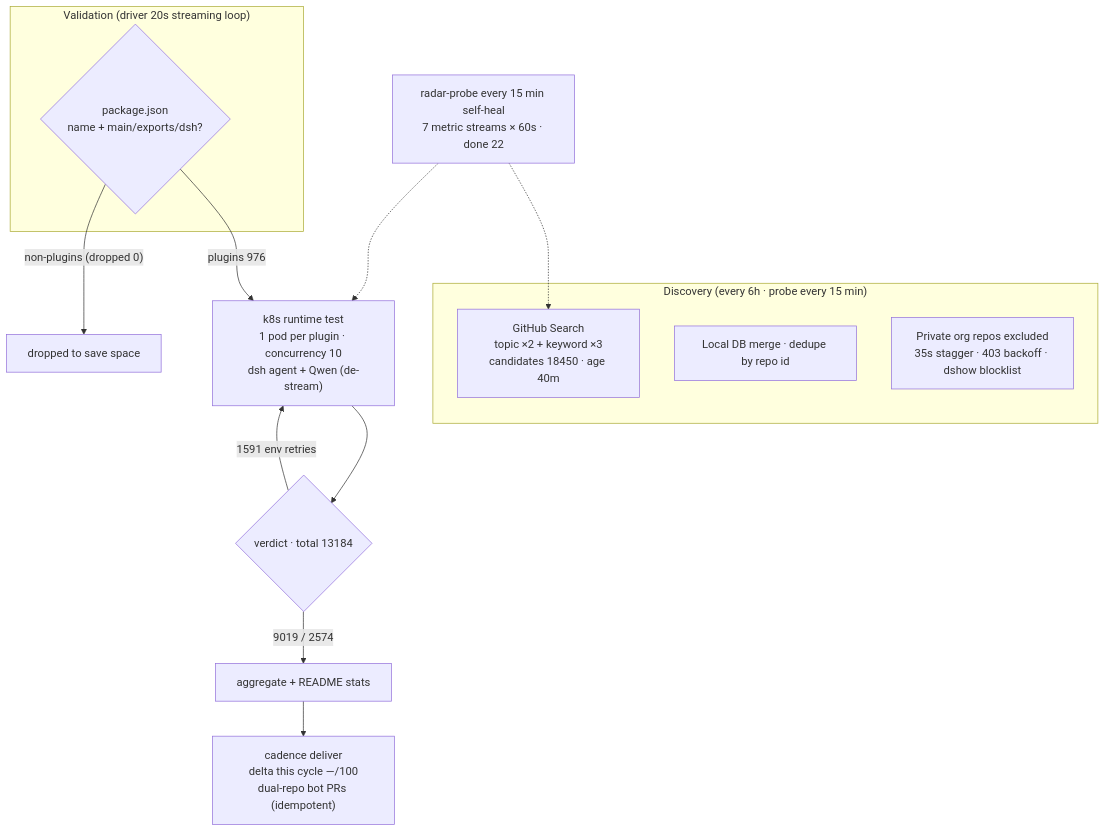
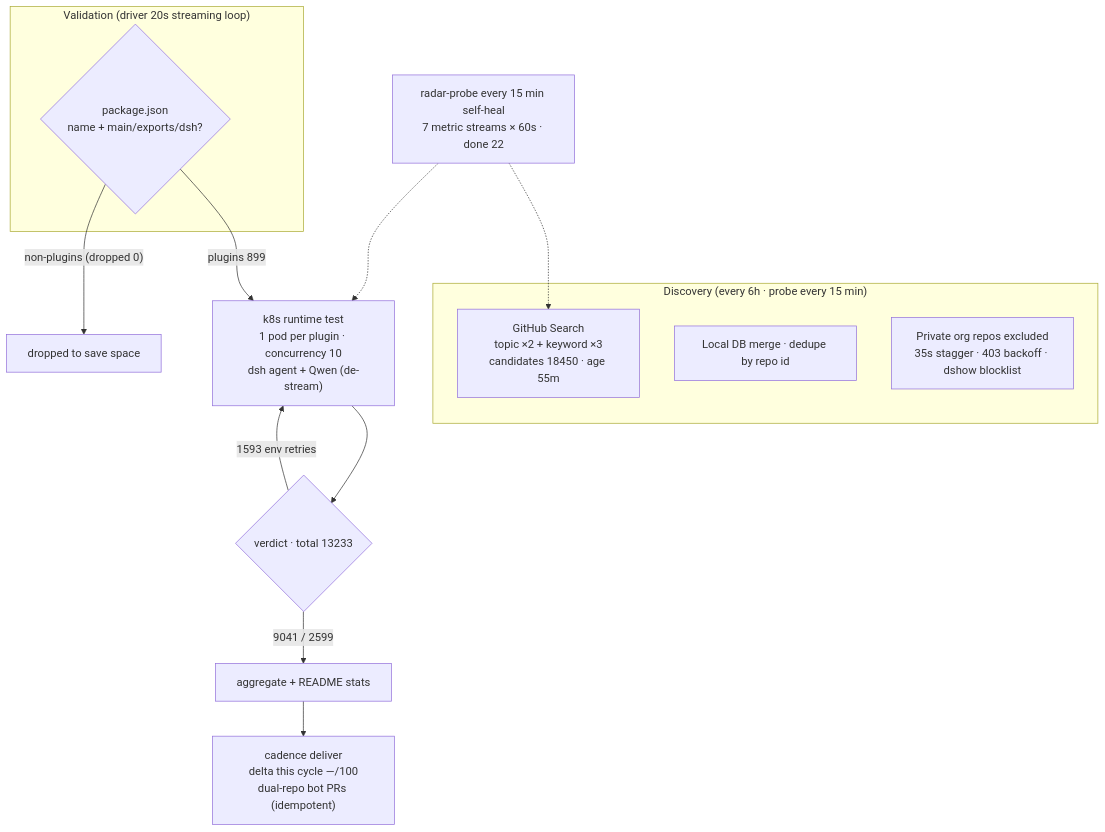
One commit to AdamPlatin123/awesome-dsh-plugins changed the diagram in README.en-US.md. Above: the diagram before and after it, drawn with Mermaid. The commit also changed other lines of this file and 13 other files, not shown here.

````diff
--- a/README.en-US.md
+++ b/README.en-US.md
@@ -45,20 +45,20 @@
 ```mermaid
 flowchart TB
     subgraph Discovery["Discovery (every 6h · probe every 15 min)"]
-        A1["GitHub Search<br/>topic ×2 + keyword ×3<br/>candidates 18450 · age 40m"]
+        A1["GitHub Search<br/>topic ×2 + keyword ×3<br/>candidates 18450 · age 55m"]
         A2["Local DB merge · dedupe by repo id"]
         A3["Private org repos excluded<br/>35s stagger · 403 backoff · dshow blocklist"]
     end
     subgraph Validation["Validation (driver 20s streaming loop)"]
         B1{"package.json<br/>name + main/exports/dsh?"}
     end
-    B1 -->|"plugins 976"| C1["k8s runtime test<br/>1 pod per plugin · concurrency 10<br/>dsh agent + Qwen (de-stream)"]
+    B1 -->|"plugins 899"| C1["k8s runtime test<br/>1 pod per plugin · concurrency 10<br/>dsh agent + Qwen (de-stream)"]
     B1 -->|"non-plugins (dropped 0)"| B3["dropped to save space"]
-    C1 --> D1{"verdict · total 13184"}
-    D1 -->|"9019 / 2574"| E1["aggregate + README stats"]
-    D1 -->|"1591 env retries"| C1
+    C1 --> D1{"verdict · total 13233"}
+    D1 -->|"9041 / 2599"| E1["aggregate + README stats"]
+    D1 -->|"1593 env retries"| C1
     E1 --> E2["cadence deliver<br/>delta this cycle —/100<br/>dual-repo bot PRs (idempotent)"]
     M["radar-probe every 15 min self-heal<br/>7 metric streams × 60s · done 22"]
     M -.-> A1
     M -.-> C1
 ```
````
